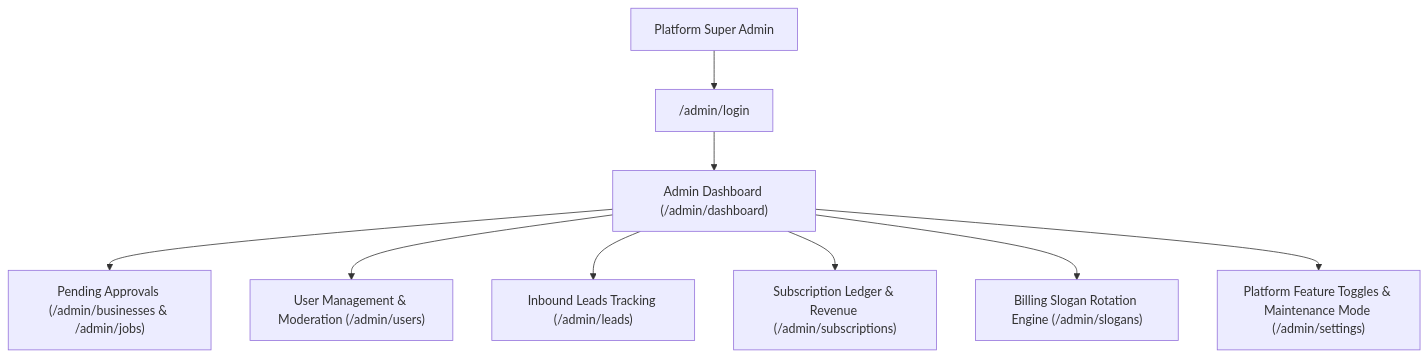
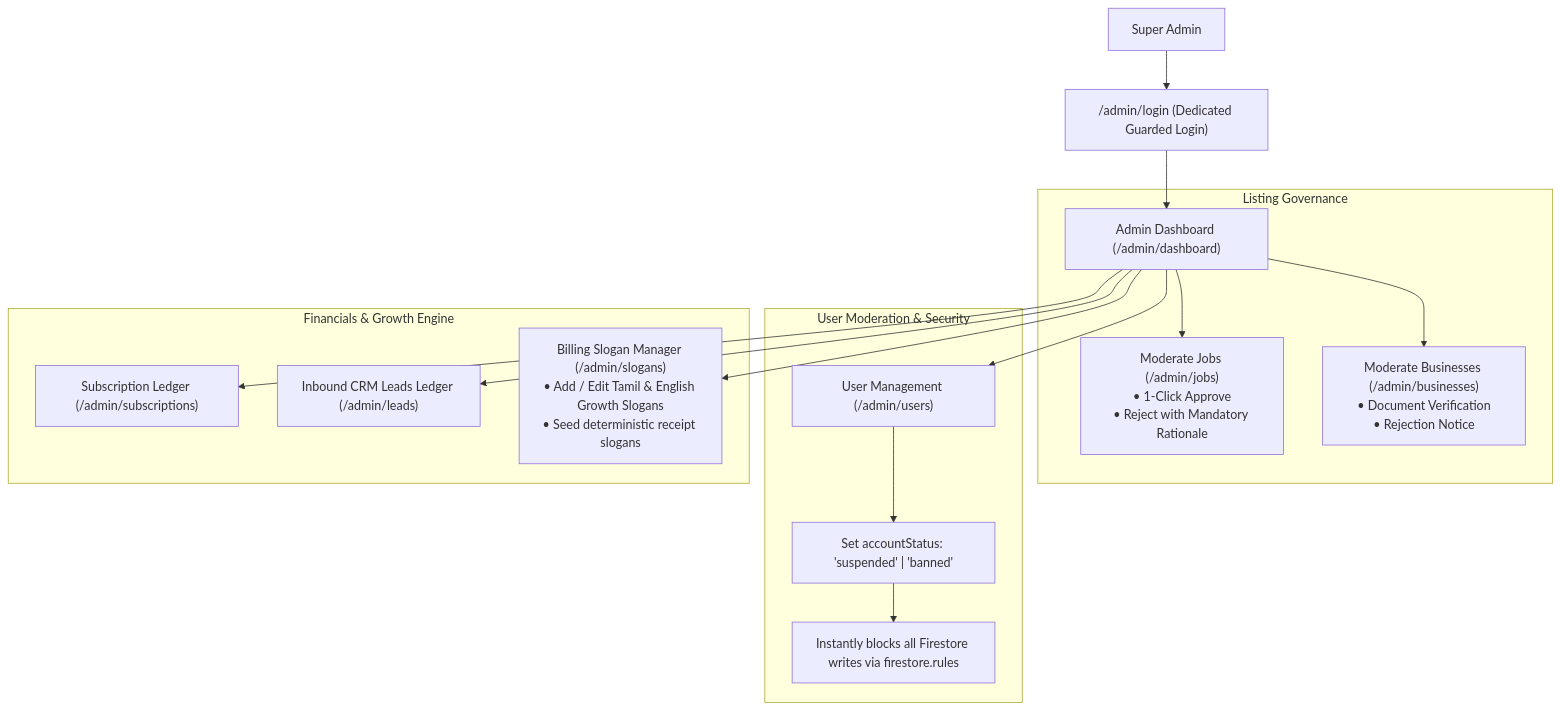
One commit to SRIESWARAN01/thenijobs-web changed diagram 13 of 13 in WORKFLOW.md. Above: the diagram before and after it, drawn with Mermaid. The commit also changed other lines of this file and 3 other files, not shown here.

Commit message:
docs(workflow): master system architecture, complete mermaid diagrams, and end-to-end validation test suite

````diff
--- a/WORKFLOW.md
+++ b/WORKFLOW.md
@@ -355,11 +467,22 @@
 ```mermaid
 flowchart TD
-    Admin[Platform Super Admin] --> AdminLogin["/admin/login"]
+    Admin[Super Admin] --> AdminLogin["/admin/login (Dedicated Guarded Login)"]
     AdminLogin --> Dashboard["Admin Dashboard (/admin/dashboard)"]
-    Dashboard --> Approvals["Pending Approvals (/admin/businesses & /admin/jobs)"]
-    Dashboard --> UserLedger["User Management & Moderation (/admin/users)"]
-    Dashboard --> LeadsLedger["Inbound Leads Tracking (/admin/leads)"]
-    Dashboard --> Subscriptions["Subscription Ledger & Revenue (/admin/subscriptions)"]
-    Dashboard --> SloganManager["Billing Slogan Rotation Engine (/admin/slogans)"]
-    Dashboard --> PlatformSettings["Platform Feature Toggles & Maintenance Mode (/admin/settings)"]
+
+    subgraph ModerationQueue["Listing Governance"]
+        Dashboard --> ReviewJobs["Moderate Jobs (/admin/jobs)\n• 1-Click Approve\n• Reject with Mandatory Rationale"]
+        Dashboard --> ReviewBiz["Moderate Businesses (/admin/businesses)\n• Document Verification\n• Rejection Notice"]
+    end
+
+    subgraph SecurityControl["User Moderation & Security"]
+        Dashboard --> UserDirectory["User Management (/admin/users)"]
+        UserDirectory --> SuspendAction["Set accountStatus: 'suspended' | 'banned'"]
+        SuspendAction --> RuleTrigger["Instantly blocks all Firestore writes via firestore.rules"]
+    end
+
+    subgraph CommercialEngine["Financials & Growth Engine"]
+        Dashboard --> SubLedger["Subscription Ledger (/admin/subscriptions)"]
+        Dashboard --> LeadsTracker["Inbound CRM Leads Ledger (/admin/leads)"]
+        Dashboard --> SloganRotation["Billing Slogan Manager (/admin/slogans)\n• Add / Edit Tamil & English Growth Slogans\n• Seed deterministic receipt slogans"]
+    end
 ```
````
